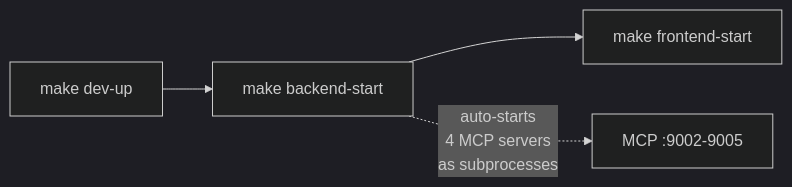
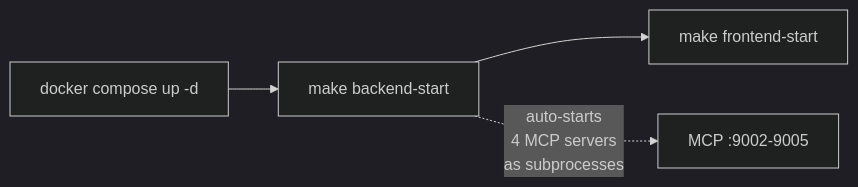
One commit to hyogrin/rhoai-custom-research-lab changed the second of 2 diagrams in README.md. Above: the diagram before and after it, drawn with Mermaid (dark theme). The commit also changed other lines of this file and 73 other files, not shown here.

````diff
--- a/README.md
+++ b/README.md
@@ -135,6 +145,6 @@
 ```mermaid
 flowchart LR
-    A["make dev-up"] --> B["make backend-start"]
+    A["docker compose up -d"] --> B["make backend-start"]
     B --> C["make frontend-start"]
     B -. "auto-starts\n4 MCP servers\nas subprocesses" .-> D["MCP :9002-9005"]
 ```
````
